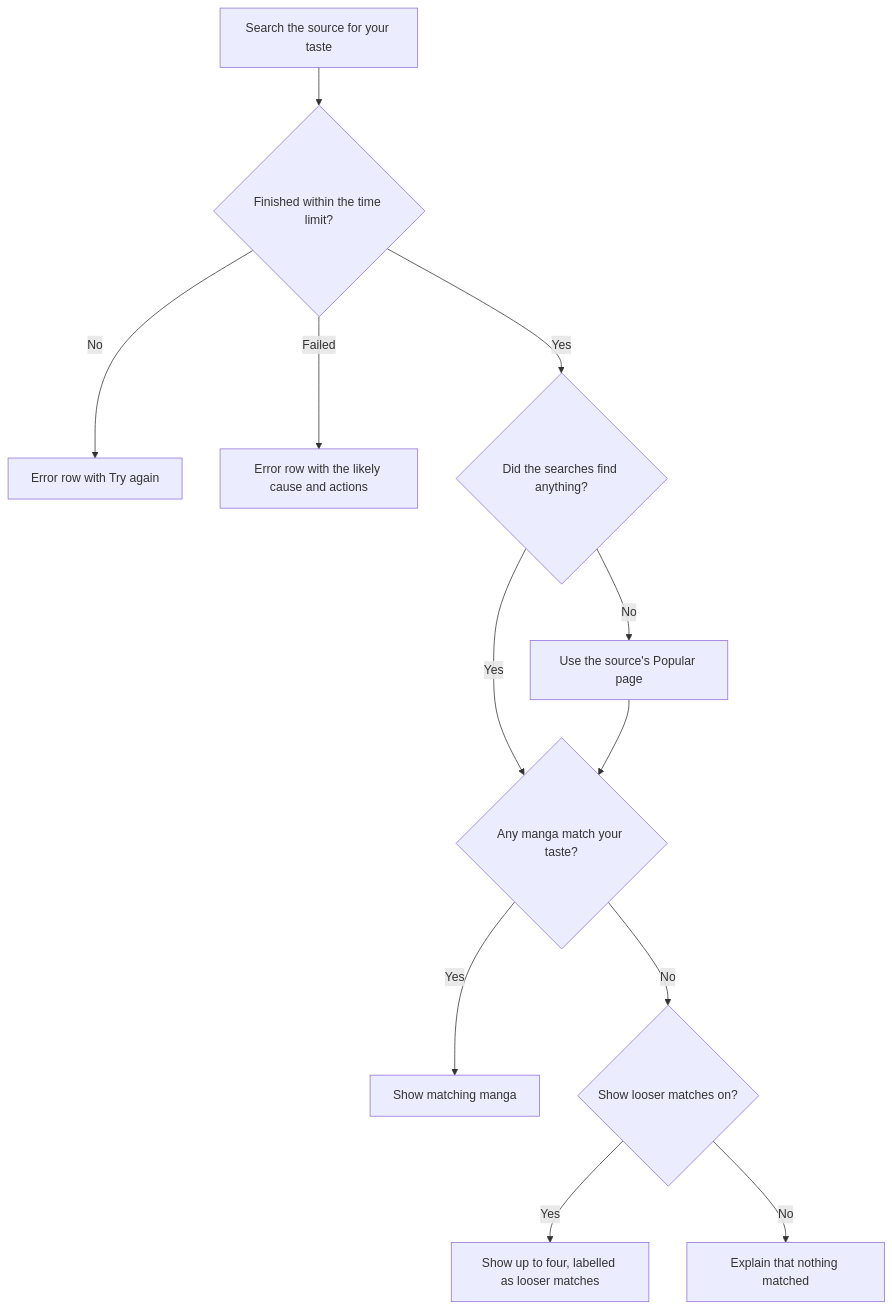
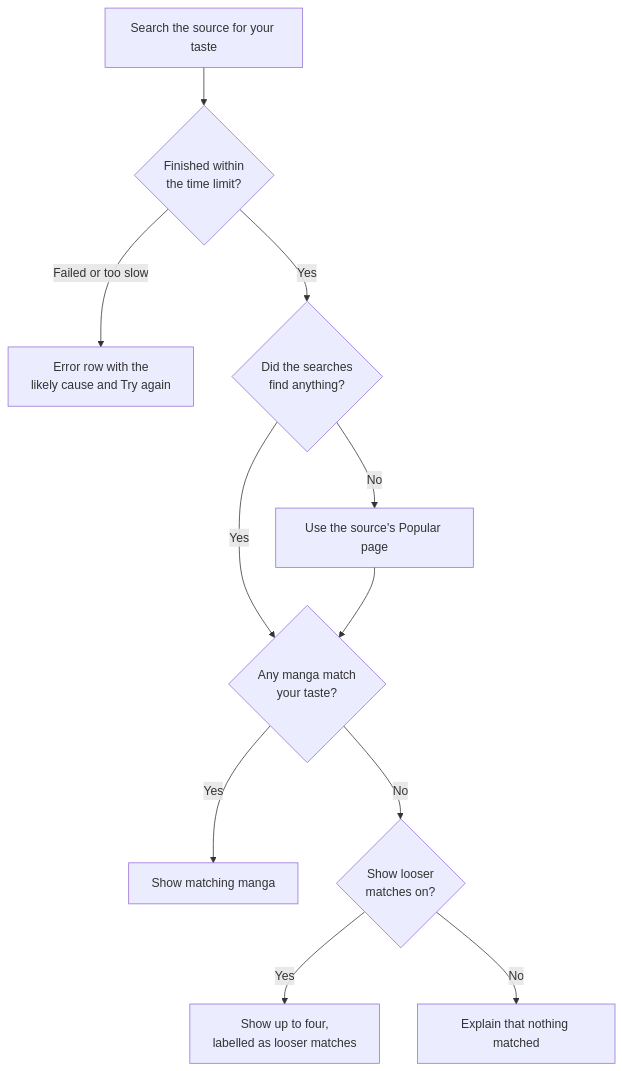
One commit to FancyCorey/komikku-fc changed the fourth of 6 diagrams in docs/kmk/feature-guides/recommendations.md. Above: the diagram before and after it, drawn with Mermaid. The commit also changed other lines of this file and 93 other files, not shown here.

````diff
--- a/docs/kmk/feature-guides/recommendations.md
+++ b/docs/kmk/feature-guides/recommendations.md
@@ -166,14 +197,13 @@
 ```mermaid
 flowchart TD
-    Start["Search the source for your taste"] --> Finished{"Finished within the time limit?"}
-    Finished -->|No| Slow["Error row with Try again"]
-    Finished -->|Failed| Error["Error row with the likely cause and actions"]
-    Finished -->|Yes| Found{"Did the searches find anything?"}
+    Start["Search the source for your taste"] --> Finished{"Finished within<br/>the time limit?"}
+    Finished -->|Failed or too slow| Error["Error row with the<br/>likely cause and Try again"]
+    Finished -->|Yes| Found{"Did the searches<br/>find anything?"}
     Found -->|No| Popular["Use the source's Popular page"]
-    Found -->|Yes| Match{"Any manga match your taste?"}
+    Found -->|Yes| Match{"Any manga match<br/>your taste?"}
     Popular --> Match
     Match -->|Yes| Row["Show matching manga"]
-    Match -->|No| Looser{"Show looser matches on?"}
-    Looser -->|Yes| LooserRow["Show up to four, labelled as looser matches"]
+    Match -->|No| Looser{"Show looser<br/>matches on?"}
+    Looser -->|Yes| LooserRow["Show up to four,<br/>labelled as looser matches"]
     Looser -->|No| Empty["Explain that nothing matched"]
 ```
````
